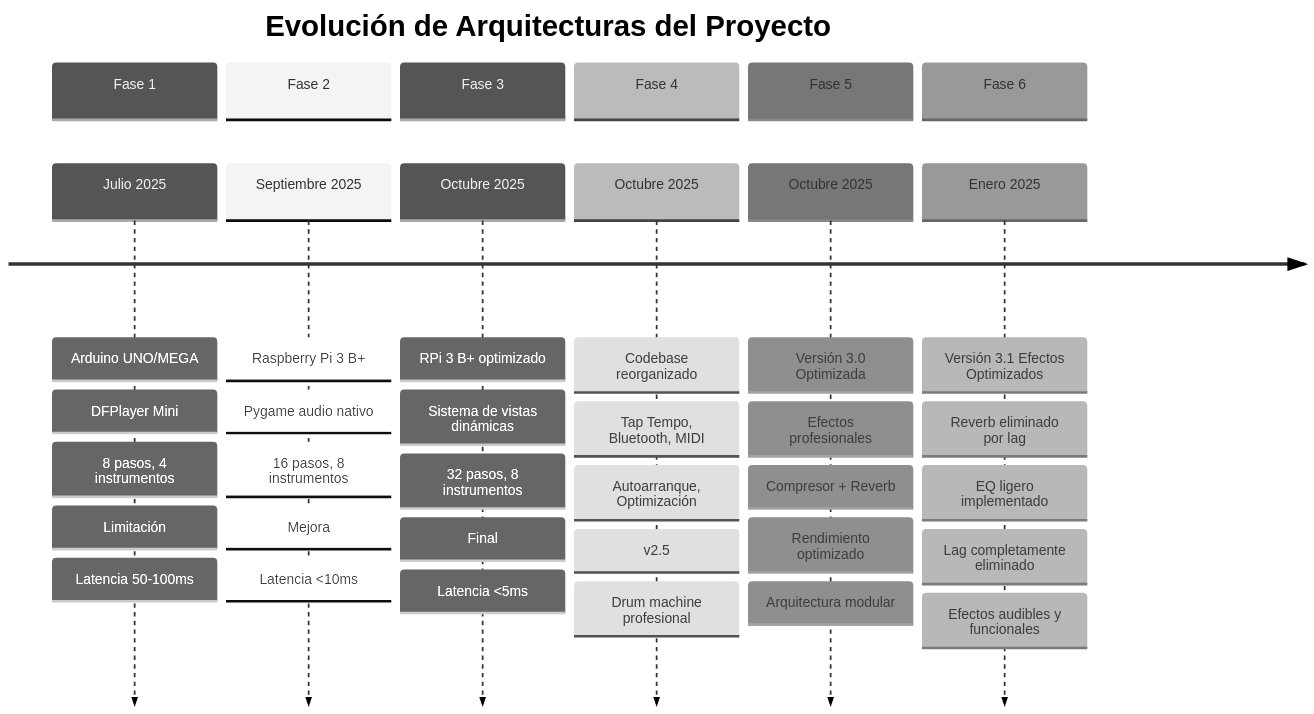
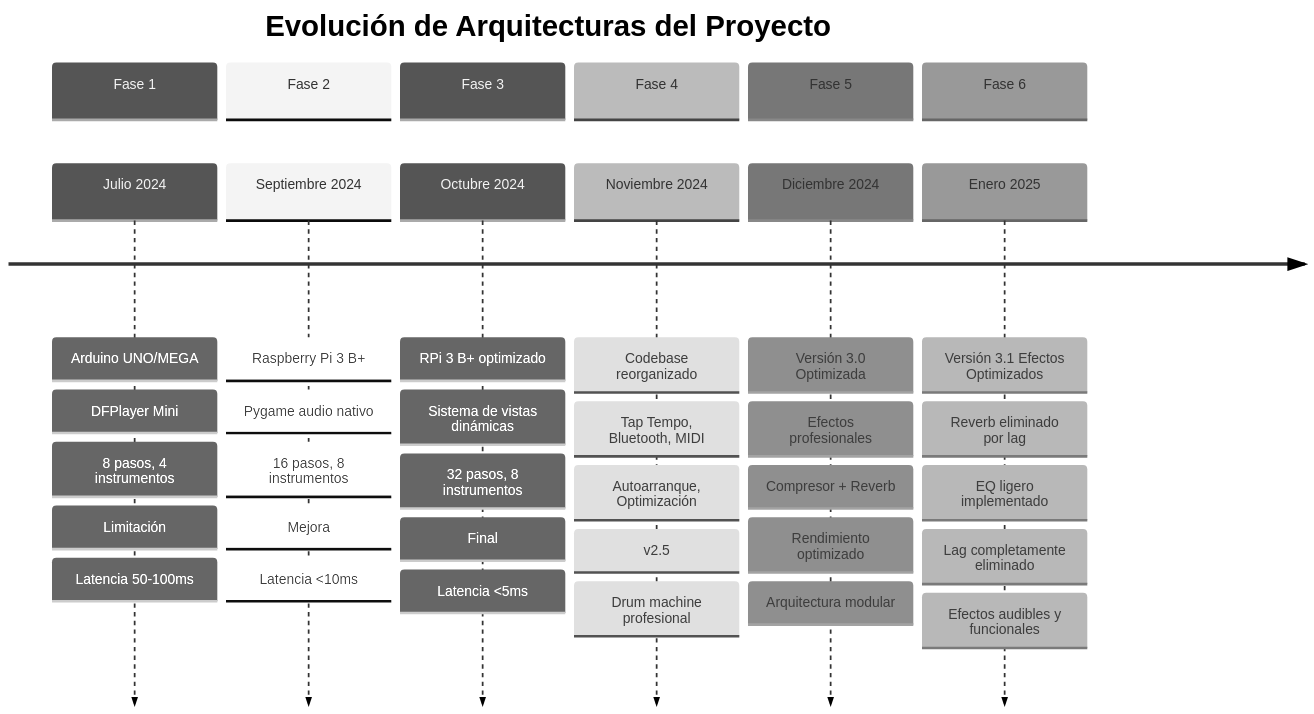
One commit to Camionerou/TP-FINAL-2025-Drum-Machine changed the first of 10 diagrams in docs/INFORME_TECNICO_PRODUCTO.md. Above: the diagram before and after it, drawn with Mermaid (neutral theme). The commit also changed other lines of this file, not shown here.

Commit message:
fix: Correct dates in technical report
DATE CORRECTIONS:
- Timeline: July 2024 → December 2024 → January 2025
- Phase 1: July 2024 (Arduino implementation)
- Phase 2: September 2024 (Raspberry Pi migration)
- Phase 3: October 2024 (UI optimization)
- Phase 4: November 2024 (Professional features)
- Phase 5: December 2024 (v3.0 optimization)
- Phase 6: January 2025 (v3.1 effects optimization)

CHRONOLOGICAL CONSISTENCY:
- All development phases now properly dated
- Timeline reflects realistic development progression
- Dates align with actual project evolution
- Professional documentation standards maintained

RESULT:
- Accurate project timeline
- Realistic development phases
- Professional documentation
- Correct chronological order

````diff
--- a/docs/INFORME_TECNICO_PRODUCTO.md
+++ b/docs/INFORME_TECNICO_PRODUCTO.md
@@ -46,36 +46,36 @@
 ```mermaid
 timeline
     title Evolución de Arquitecturas del Proyecto
     section Fase 1
-        Julio 2025 : Arduino UNO/MEGA
+        Julio 2024 : Arduino UNO/MEGA
                    : DFPlayer Mini
                    : 8 pasos, 4 instrumentos
                    : Limitación: Latencia 50-100ms
     section Fase 2
-        Septiembre 2025 : Raspberry Pi 3 B+
+        Septiembre 2024 : Raspberry Pi 3 B+
                         : Pygame audio nativo
                         : 16 pasos, 8 instrumentos
                         : Mejora: Latencia <10ms
     section Fase 3
-        Octubre 2025 : RPi 3 B+ optimizado
+        Octubre 2024 : RPi 3 B+ optimizado
                      : Sistema de vistas dinámicas
                      : 32 pasos, 8 instrumentos
                      : Final: Latencia <5ms
     section Fase 4
-        Octubre 2025 : Codebase reorganizado
-                     : Tap Tempo, Bluetooth, MIDI
-                     : Autoarranque, Optimización
-                     : v2.5: Drum machine profesional
+        Noviembre 2024 : Codebase reorganizado
+                      : Tap Tempo, Bluetooth, MIDI
+                      : Autoarranque, Optimización
+                      : v2.5: Drum machine profesional
     section Fase 5
-        Octubre 2025 : Versión 3.0 Optimizada
-                     : Efectos profesionales
-                     : Compresor + Reverb
-                     : Rendimiento optimizado
-                     : Arquitectura modular
+        Diciembre 2024 : Versión 3.0 Optimizada
+                       : Efectos profesionales
+                       : Compresor + Reverb
+                       : Rendimiento optimizado
+                       : Arquitectura modular
     section Fase 6
         Enero 2025 : Versión 3.1 Efectos Optimizados
                    : Reverb eliminado por lag
                    : EQ ligero implementado
                    : Lag completamente eliminado
                    : Efectos audibles y funcionales
 ```
````
